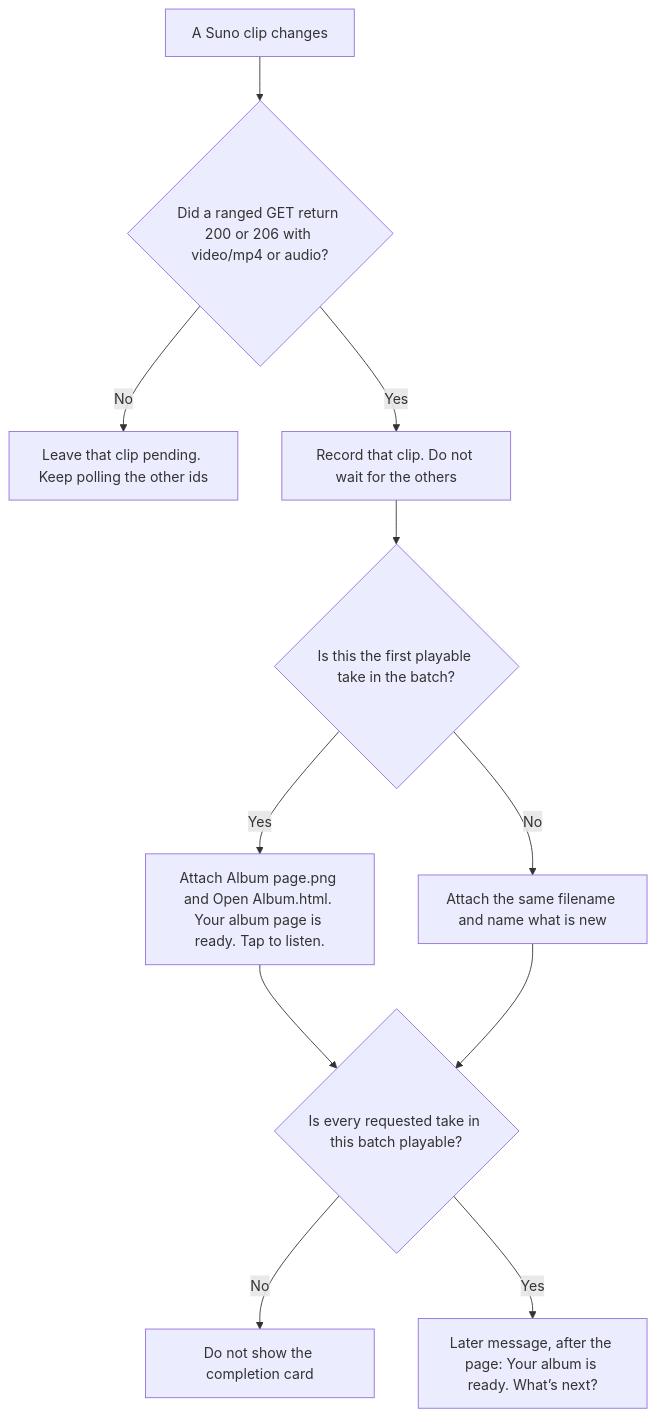
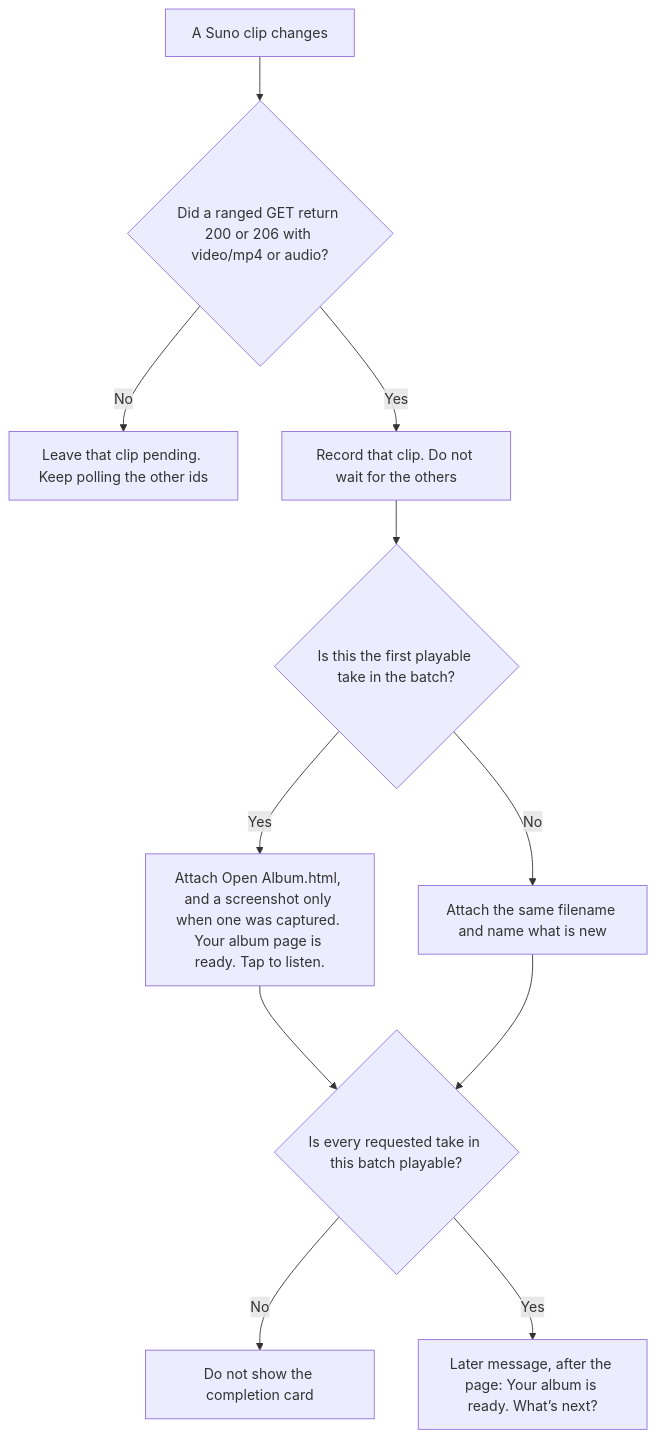
The fifth of 7 diagrams in docs/decision-charts.md (sashakhad/album-kit), drawn with Mermaid before and after one commit. The commit also changed other lines of this file and 22 other files, not shown here.

First line of the commit message:
Match the listen page and the Free-path estimate to what actually happened.

````diff
--- a/docs/decision-charts.md
+++ b/docs/decision-charts.md
@@ -101,13 +101,13 @@
 ```mermaid
 flowchart TD
   clip["A Suno clip changes"] --> ready{"Did a ranged GET return 200 or 206 with video/mp4 or audio?"}
   ready -->|No| wait["Leave that clip pending. Keep polling the other ids"]
   ready -->|Yes| record["Record that clip. Do not wait for the others"]
   record --> first{"Is this the first playable take in the batch?"}
-  first -->|Yes| sendFirst["Attach Album page.png and Open Album.html. Your album page is ready. Tap to listen."]
+  first -->|Yes| sendFirst["Attach Open Album.html, and a screenshot only when one was captured. Your album page is ready. Tap to listen."]
   first -->|No| sendMore["Attach the same filename and name what is new"]
   sendFirst --> done{"Is every requested take in this batch playable?"}
   sendMore --> done
   done -->|No| watch["Do not show the completion card"]
   done -->|Yes| card["Later message, after the page: Your album is ready. What’s next?"]
 ```
````
